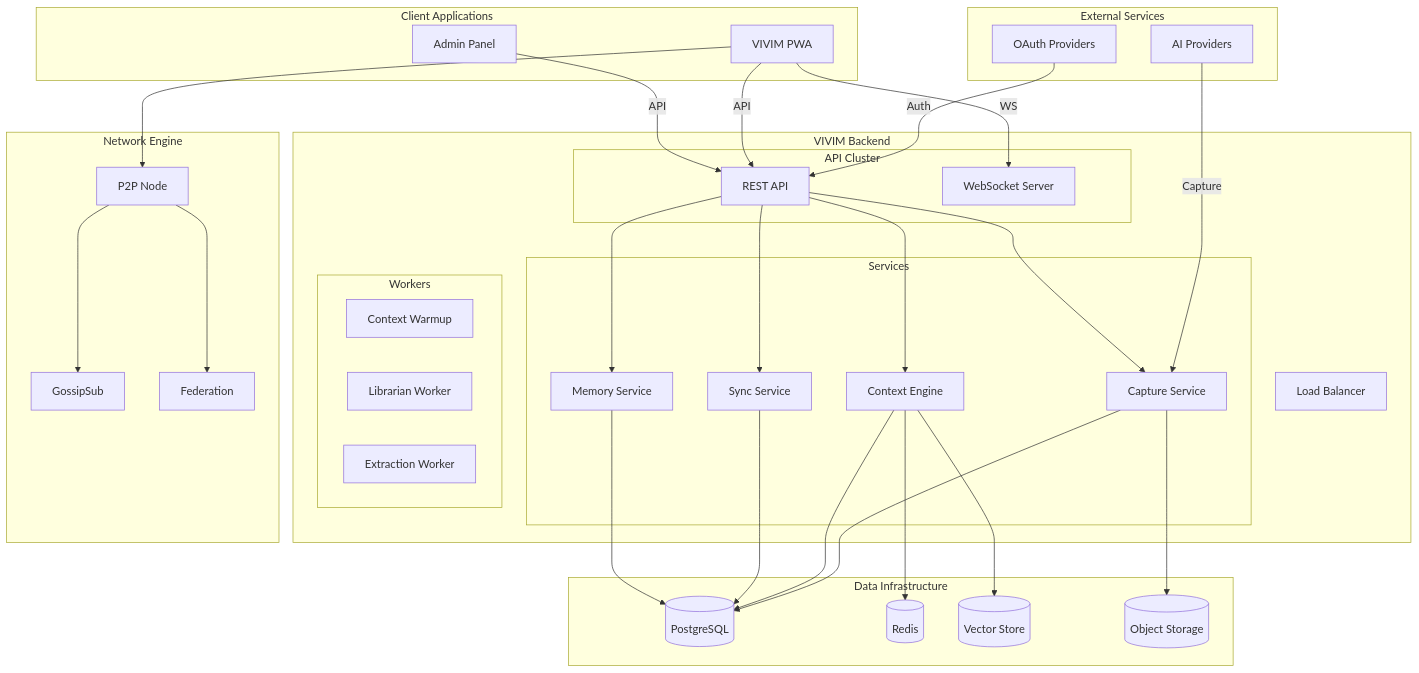
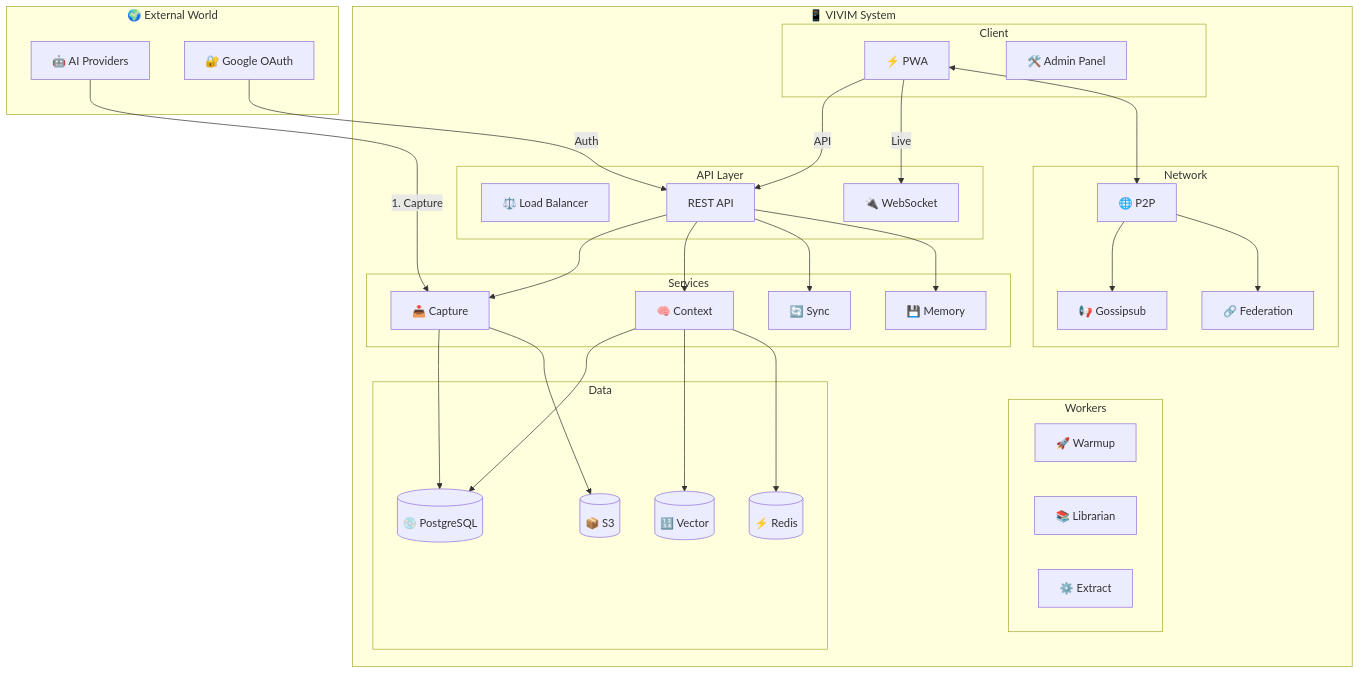
Before and after one commit to owenservera/vivim-app: the second of 8 diagrams in vivim.docs.context/docs/architecture/overview.md, drawn with Mermaid. The commit also changed other lines of this file and 18 other files, not shown here.

````diff
--- a/vivim.docs.context/docs/architecture/overview.md
+++ b/vivim.docs.context/docs/architecture/overview.md
@@ -13,71 +59,58 @@
 ```mermaid
 flowchart TB
-    subgraph "External Services"
-        AI[AI Providers]
-        OAUTH[OAuth Providers]
+    subgraph "🌍 External World"
+        AI[🤖 AI Providers]
+        GOOGLE[🔐 Google OAuth]
     end
     
-    subgraph "Client Applications"
-        PWA[VIVIM PWA]
-        ADMIN[Admin Panel]
-    end
-    
-    subgraph "VIVIM Backend"
-        LB[Load Balancer]
+    subgraph "📱 VIVIM System"
+        subgraph "Client"
+            PWA[⚡ PWA]
+            ADMIN[🛠️ Admin Panel]
+        end
         
-        subgraph "API Cluster"
+        subgraph "API Layer"
+            LB[⚖️ Load Balancer]
             REST[REST API]
-            WS[WebSocket Server]
+            WS[🔌 WebSocket]
         end
         
         subgraph "Services"
-            CAP[Capture Service]
-            CTX[Context Engine]
-            SYNC[Sync Service]
-            MEM[Memory Service]
+            CAP[📥 Capture]
+            CTX[🧠 Context]
+            SYNC[🔄 Sync]
+            MEM[💾 Memory]
         end
         
         subgraph "Workers"
-            WARMUP[Context Warmup]
-            LIB[Librarian Worker]
-            EXTRACT[Extraction Worker]
+            WARM[🚀 Warmup]
+            LIB[📚 Librarian]
+            EXT[⚙️ Extract]
+        end
+        
+        subgraph "Data"
+            PG[(💿 PostgreSQL)]
+            REDIS[(⚡ Redis)]
+            VEC[(🔢 Vector)]
+            S3[(📦 S3)]
+        end
+        
+        subgraph "Network"
+            P2P[🌐 P2P]
+            GOSSIP[📢 Gossipsub]
+            FED[🔗 Federation]
         end
     end
     
-    subgraph "Data Infrastructure"
-        PG[(PostgreSQL)]
-        REDIS[(Redis)]
-        VEC[(Vector Store)]
-        S3[(Object Storage)]
-    end
+    AI -->|1. Capture| CAP
+    GOOGLE -->|Auth| REST
+    PWA -->|API| REST
+    PWA -->|Live| WS
     
-    subgraph "Network Engine"
-        P2P[P2P Node]
-        GOSSIP[GossipSub]
-        FED[Federation]
-    end
+    REST --> CAP & CTX & SYNC & MEM
+    CAP --> PG & S3
+    CTX --> PG & VEC & REDIS
     
-    AI -->|Capture| CAP
-    OAUTH -->|Auth| REST
-    PWA -->|API| REST
-    PWA -->|WS| WS
-    ADMIN -->|API| REST
-    
-    REST --> CAP
-    REST --> CTX
-    REST --> SYNC
-    REST --> MEM
-    
-    CAP --> PG
-    CTX --> PG
-    CTX --> VEC
-    SYNC --> PG
-    MEM --> PG
-    
-    CAP --> S3
-    CTX --> REDIS
-    
-    PWA --> P2P
-    P2P --> GOSSIP
-    P2P --> FED
+    PWA <--> P2P
+    P2P --> GOSSIP & FED
 ```
````
